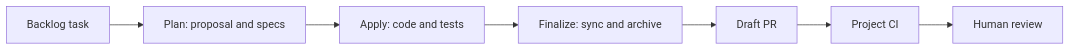
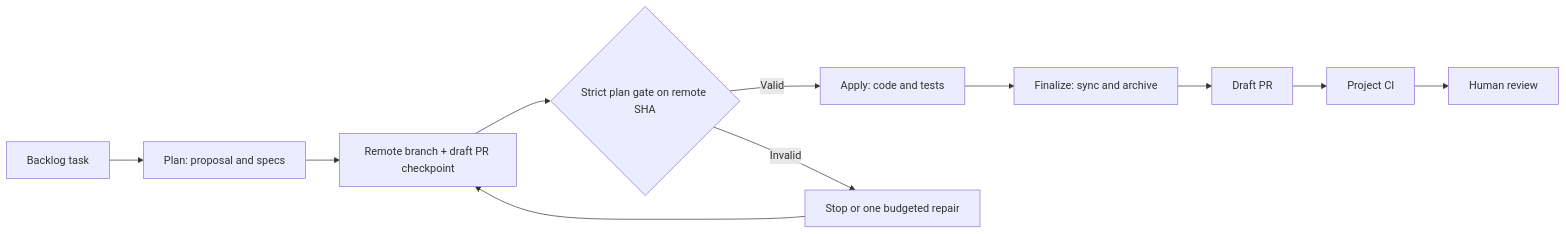
Before and after one commit to cedricmenec/asf-agent-kits: the first of 2 diagrams in docs/kits/opencode-openspec/architecture.md, drawn with Mermaid. The commit also changed other lines of this file and 18 other files, not shown here.

Commit message:
feat(openspec): checkpoint plan and block apply until remote SHA gate (#127)

````diff
--- a/docs/kits/opencode-openspec/architecture.md
+++ b/docs/kits/opencode-openspec/architecture.md
@@ -7,9 +7,13 @@
 ```mermaid
 flowchart LR
  T["Backlog task"] --> P["Plan: proposal and specs"]
- P --> A["Apply: code and tests"]
+ P --> C["Remote branch + draft PR checkpoint"]
+ C --> V{"Strict plan gate on remote SHA"}
+ V -->|Valid| A["Apply: code and tests"]
+ V -->|Invalid| R["Stop or one budgeted repair"]
+ R --> C
  A --> F["Finalize: sync and archive"]
  F --> PR["Draft PR"]
  PR --> CI["Project CI"]
  CI --> H["Human review"]
 ```
````
